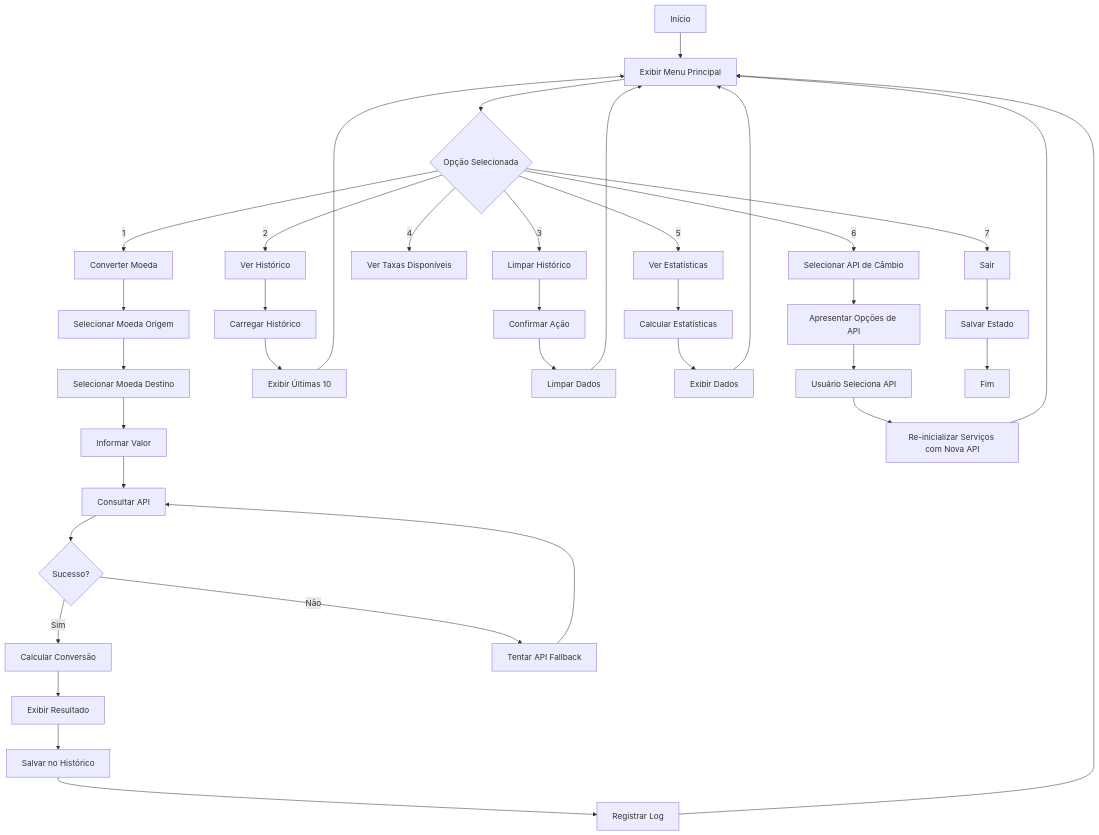
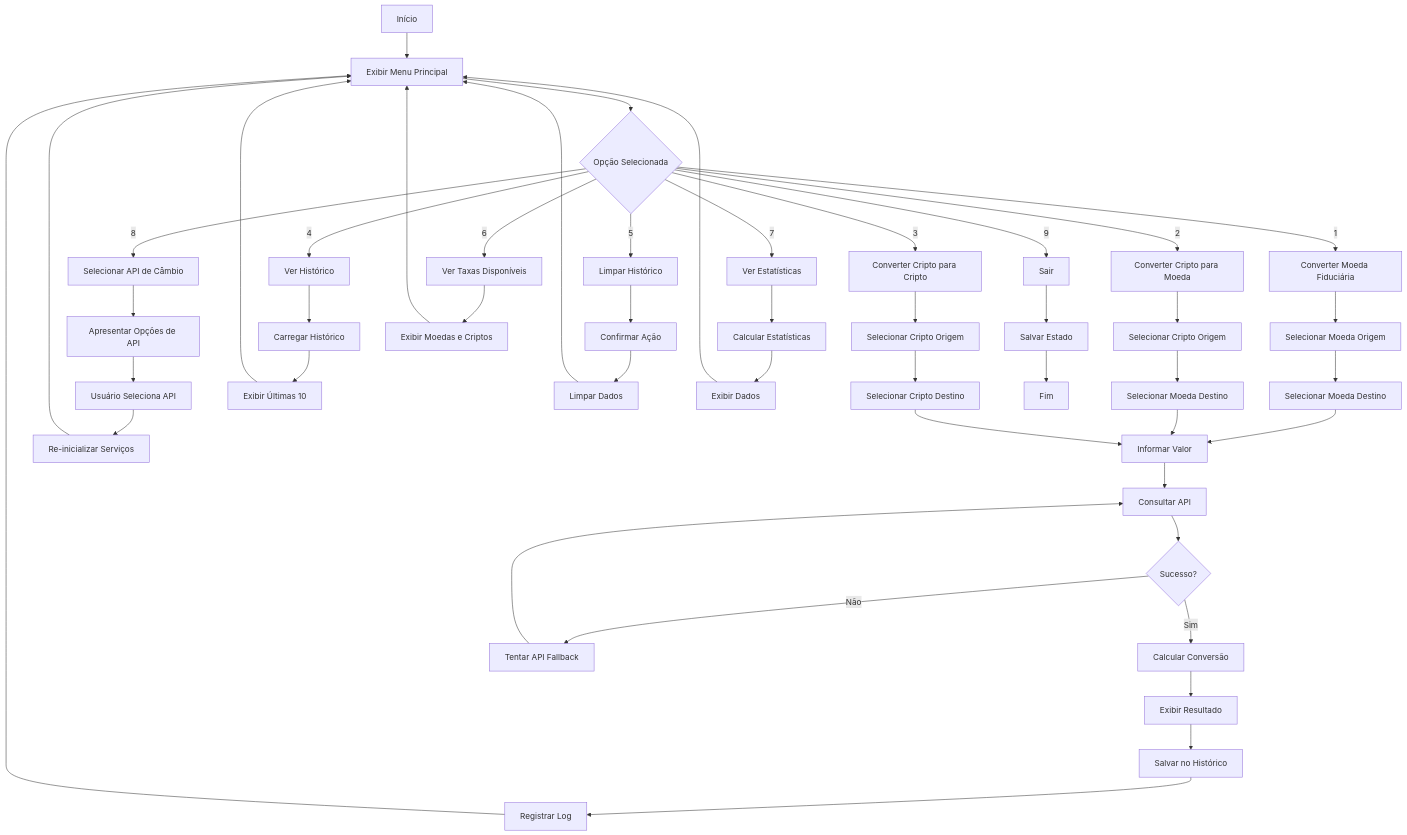
The first of 2 diagrams in README.md (DessimA/Conversor-de-Moedas), drawn with Mermaid before and after one commit. The commit also changed other lines of this file and 11 other files, not shown here.

````diff
--- a/README.md
+++ b/README.md
@@ -31,45 +45,58 @@
 ```mermaid
 flowchart TD
     A[Início] --> B[Exibir Menu Principal]
     B --> C{Opção Selecionada}
-    C -->|1| D[Converter Moeda]
-    C -->|2| E[Ver Histórico]
-    C -->|3| F[Limpar Histórico]
-    C -->|4| G[Ver Taxas Disponíveis]
-    C -->|5| H[Ver Estatísticas]
-    C -->|6| I[Selecionar API de Câmbio]
-    C -->|7| J[Sair]
+    C -->|1| D[Converter Moeda Fiduciária]
+    C -->|2| E[Converter Cripto para Moeda]
+    C -->|3| F[Converter Cripto para Cripto]
+    C -->|4| G[Ver Histórico]
+    C -->|5| H[Limpar Histórico]
+    C -->|6| I[Ver Taxas Disponíveis]
+    C -->|7| J[Ver Estatísticas]
+    C -->|8| K[Selecionar API de Câmbio]
+    C -->|9| L[Sair]
 
-    D --> K[Selecionar Moeda Origem]
-    K --> L[Selecionar Moeda Destino]
-    L --> M[Informar Valor]
-    M --> N[Consultar API]
-    N --> O{Sucesso?}
-    O -->|Sim| P[Calcular Conversão]
-    O -->|Não| Q[Tentar API Fallback]
-    Q --> N
-    P --> R[Exibir Resultado]
-    R --> S[Salvar no Histórico]
-    S --> T[Registrar Log]
-    T --> B
-
-    E --> U[Carregar Histórico]
-    U --> V[Exibir Últimas 10]
+    D --> M[Selecionar Moeda Origem]
+    M --> N[Selecionar Moeda Destino]
+    N --> O[Informar Valor]
+    O --> P[Consultar API]
+    P --> Q{Sucesso?}
+    Q -->|Sim| R[Calcular Conversão]
+    Q -->|Não| S[Tentar API Fallback]
+    S --> P
+    R --> T[Exibir Resultado]
+    T --> U[Salvar no Histórico]
+    U --> V[Registrar Log]
     V --> B
 
-    F --> W[Confirmar Ação]
-    W --> X[Limpar Dados]
-    X --> B
+    E --> W[Selecionar Cripto Origem]
+    W --> X[Selecionar Moeda Destino]
+    X --> O
 
-    H --> Y[Calcular Estatísticas]
-    Y --> Z[Exibir Dados]
-    Z --> B
+    F --> Y[Selecionar Cripto Origem]
+    Y --> Z[Selecionar Cripto Destino]
+    Z --> O
 
-    I --> AA[Apresentar Opções de API]
-    AA --> BB[Usuário Seleciona API]
-    BB --> CC[Re-inicializar Serviços com Nova API]
-    CC --> B
-
-    J --> DD[Salvar Estado]
-    DD --> EE[Fim]
+    G --> AA[Carregar Histórico]
+    AA --> BB[Exibir Últimas 10]
+    BB --> B
+    
+    H --> CC[Confirmar Ação]
+    CC --> DD[Limpar Dados]
+    DD --> B
+    
+    I --> EE[Exibir Moedas e Criptos]
+    EE --> B
+    
+    J --> FF[Calcular Estatísticas]
+    FF --> GG[Exibir Dados]
+    GG --> B
+    
+    K --> HH[Apresentar Opções de API]
+    HH --> II[Usuário Seleciona API]
+    II --> JJ[Re-inicializar Serviços]
+    JJ --> B
+    
+    L --> KK[Salvar Estado]
+    KK --> LL[Fim]
 ```
````
